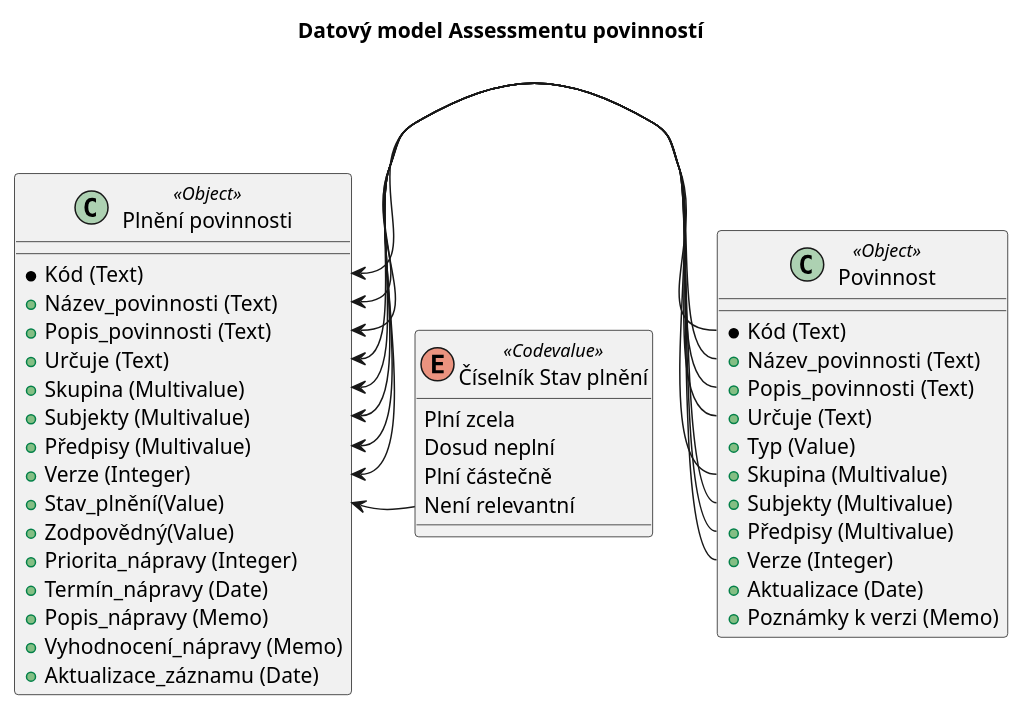
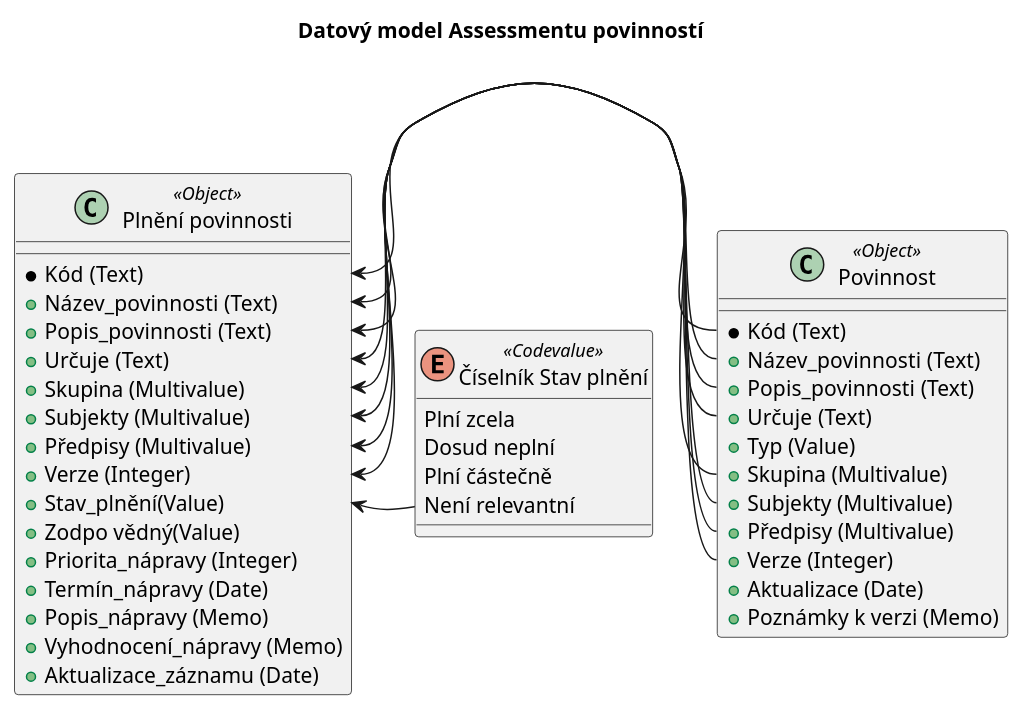
Before and after one commit to egdilna/metodika.dekompozice-povinnosti: the second of 4 diagrams in mapapovinnosti-diagramy.plantuml, drawn with PlantUML. The commit also changed other lines of this file and 5 other files, not shown here.

Commit message:
upgrade diagramů

```diff
--- a/mapapovinnosti-diagramy.plantuml
+++ b/mapapovinnosti-diagramy.plantuml
@@ -30,50 +30,50 @@
 @startuml assessment-povinnosti-datovy-model
 title Datový model Assessmentu povinností
 
 CLASS "Povinnost" as Povinnost <<Object>> {
 * Kód (Text)
 + Název_povinnosti (Text)
 + Popis_povinnosti (Text)
 + Určuje (Text)
 + Typ (Value)
 + Skupina (Multivalue)
 + Subjekty (Multivalue)
 + Předpisy (Multivalue)
 + Verze (Integer)
 + Aktualizace (Date)
 + Poznámky k verzi (Memo)
 }
 CLASS "Plnění povinnosti" as Plnění <<Object>> {
 * Kód (Text)
 + Název_povinnosti (Text)
 + Popis_povinnosti (Text)
 + Určuje (Text)
 + Skupina (Multivalue)
 + Subjekty (Multivalue)
 + Předpisy (Multivalue)
 + Verze (Integer)
 + Stav_plnění(Value)
-+ Zodpovědný(Value)
++ Zodpo vědný(Value)
 + Priorita_nápravy (Integer)
 + Termín_nápravy (Date)
 + Popis_nápravy (Memo)
 + Vyhodnocení_nápravy (Memo)
 + Aktualizace_záznamu (Date)
 }
 ENUM  "Číselník Stav plnění" as cstavy <<Codevalue>> {
 Plní zcela
 Dosud neplní
 Plní částečně
 Není relevantní
 }
 
 Plnění::Kód <- Povinnost::Kód
 Plnění::Název_povinnosti <- Povinnost::Název_povinnosti
 Plnění::Popis_povinnosti <- Povinnost::Popis_povinnosti
 Plnění::Určuje <- Povinnost::Určuje
 Plnění::Skupina <- Povinnost::Skupina
 Plnění::Subjekty <- Povinnost::Subjekty
 Plnění::Předpisy <- Povinnost::Předpisy
 Plnění::Verze <- Povinnost::Verze
 Plnění::Stav_plnění <- cstavy
 @enduml
```
